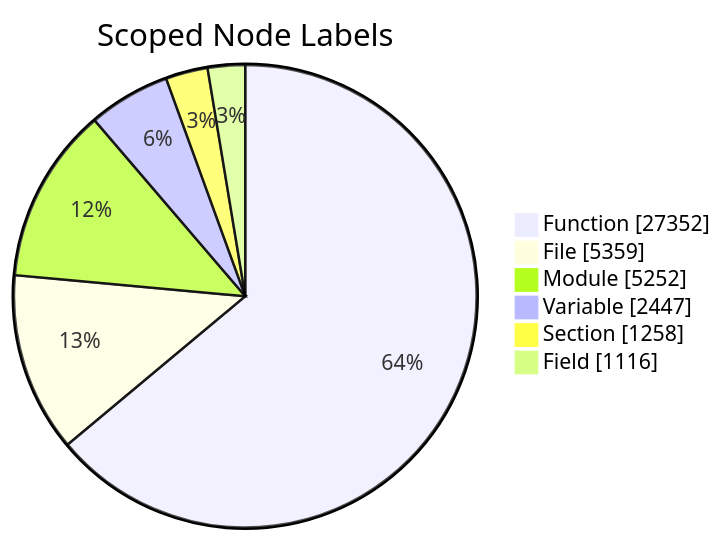
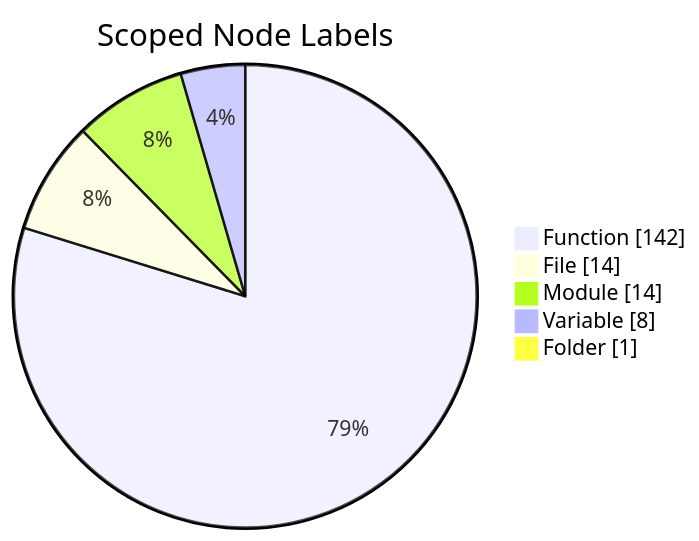
One commit to scl2bp/refactor_cli changed the third of 7 diagrams in .refactor/analysis/candidates/report.md. Above: the diagram before and after it, drawn with Mermaid. The commit also changed other lines of this file, not shown here.

````diff
--- a/.refactor/analysis/candidates/report.md
+++ b/.refactor/analysis/candidates/report.md
@@ -145,10 +145,9 @@
 ```mermaid
 pie showData
   title Scoped Node Labels
-  "Function" : 27352
-  "File" : 5359
-  "Module" : 5252
-  "Variable" : 2447
-  "Section" : 1258
-  "Field" : 1116
+  "Function" : 142
+  "File" : 14
+  "Module" : 14
+  "Variable" : 8
+  "Folder" : 1
 ```
````
